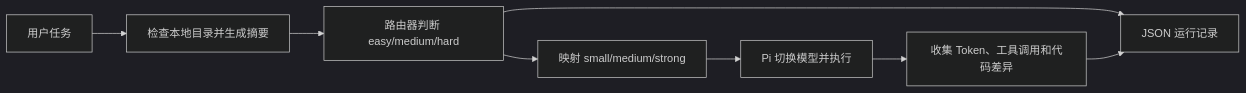
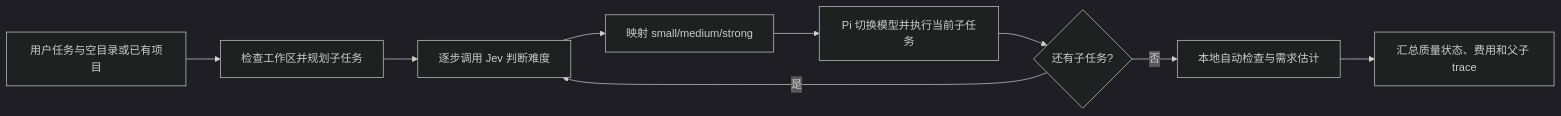
One commit to tinksfh/RouterCoder-Coding-Agent changed the diagram in docs/architecture.md. Above: the diagram before and after it, drawn with Mermaid (dark theme). The commit also changed other lines of this file and 10 other files, not shown here.

````diff
--- a/docs/architecture.md
+++ b/docs/architecture.md
@@ -22,10 +26,11 @@
 ```mermaid
 flowchart LR
-  A[用户任务] --> B[检查本地目录并生成摘要]
-  B --> C[路由器判断 easy/medium/hard]
+  A[用户任务与空目录或已有项目] --> B[检查工作区并规划子任务]
+  B --> C[逐步调用 Jev 判断难度]
   C --> D[映射 small/medium/strong]
-  D --> E[Pi 切换模型并执行]
-  E --> F[收集 Token、工具调用和代码差异]
-  C --> G[JSON 运行记录]
-  F --> G
+  D --> E[Pi 切换模型并执行当前子任务]
+  E --> F{还有子任务?}
+  F -- 是 --> C
+  F -- 否 --> G[本地自动检查与需求估计]
+  G --> H[汇总质量状态、费用和父子 trace]
 ```
````
